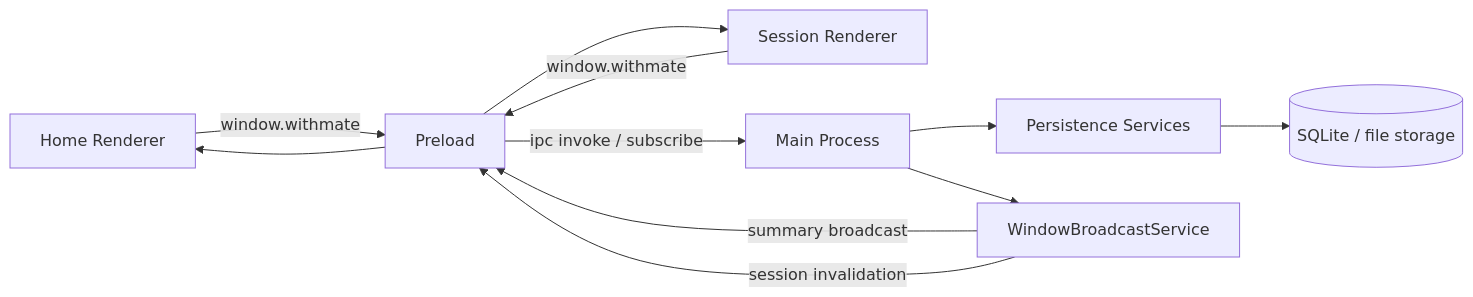
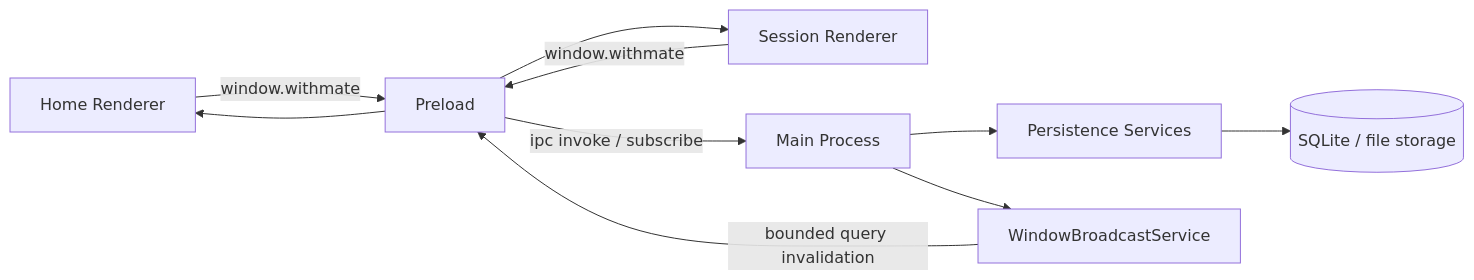
One commit to natumekazuki/WithMate changed the diagram in docs/design/electron-session-store.md. Above: the diagram before and after it, drawn with Mermaid. The commit also changed other lines of this file and 47 other files, not shown here.

````diff
--- a/docs/design/electron-session-store.md
+++ b/docs/design/electron-session-store.md
@@ -46,13 +47,12 @@
 ```mermaid
 flowchart LR
     HR[Home Renderer] -->|window.withmate| PL[Preload]
     SR[Session Renderer] -->|window.withmate| PL
     PL -->|ipc invoke / subscribe| MP[Main Process]
     MP --> PERSIST[Persistence Services]
     PERSIST --> STORE[(SQLite / file storage)]
     MP --> BROADCAST[WindowBroadcastService]
-    BROADCAST -->|summary broadcast| PL
-    BROADCAST -->|session invalidation| PL
+    BROADCAST -->|bounded query invalidation| PL
     PL --> HR
     PL --> SR
 ```
````
